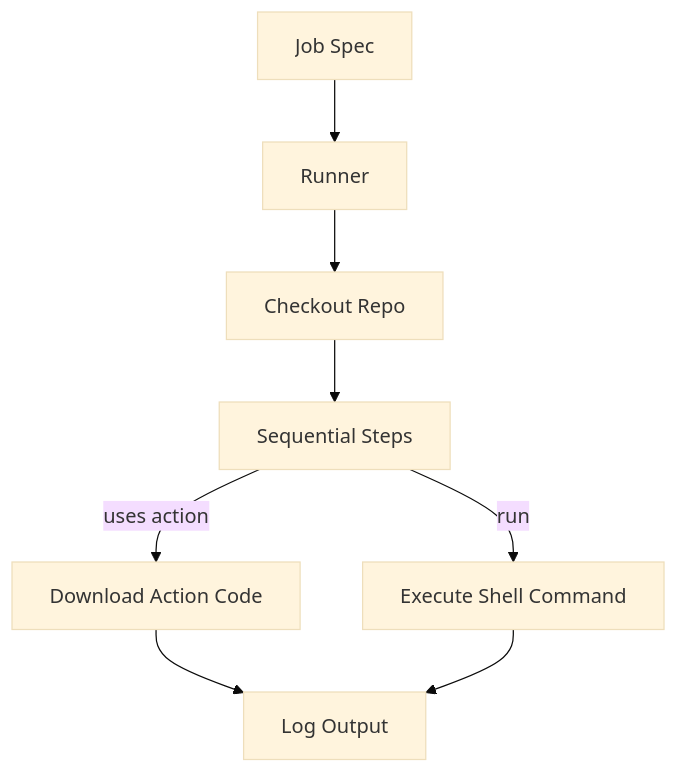
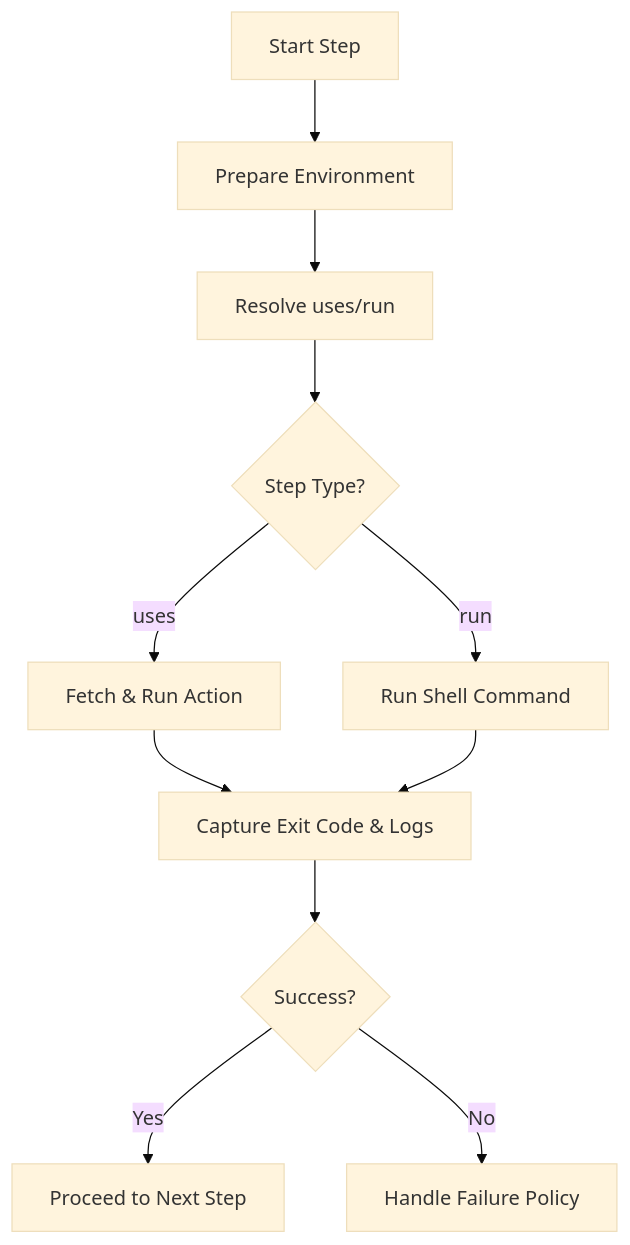
Diagram 16 of 21 in Composite/S02-CompositeBuildGraph/case-studies/GitHub-Actions.md (VishuKalier2003/System-Design-Components), drawn with Mermaid (base theme) before and after one commit. The commit also changed other lines of this file, not shown here.

````diff
--- a/Composite/S02-CompositeBuildGraph/case-studies/GitHub-Actions.md
+++ b/Composite/S02-CompositeBuildGraph/case-studies/GitHub-Actions.md
@@ -609,10 +458,13 @@
 ```mermaid
 flowchart TD
-    J[Job Spec] --> R[Runner]
-    R --> C[Checkout Repo]
-    C --> S[Sequential Steps]
-    S -->|uses action| DL[Download Action Code]
-    S -->|run| SH[Execute Shell Command]
-    DL --> LOG[Log Output]
-    SH --> LOG
+    A[Start Step] --> B[Prepare Environment]
+    B --> C[Resolve uses/run]
+    C --> D{Step Type?}
+    D -->|uses| E[Fetch & Run Action]
+    D -->|run| F[Run Shell Command]
+    E --> G[Capture Exit Code & Logs]
+    F --> G
+    G --> H{Success?}
+    H -->|Yes| I[Proceed to Next Step]
+    H -->|No| J[Handle Failure Policy]
 ```
````
